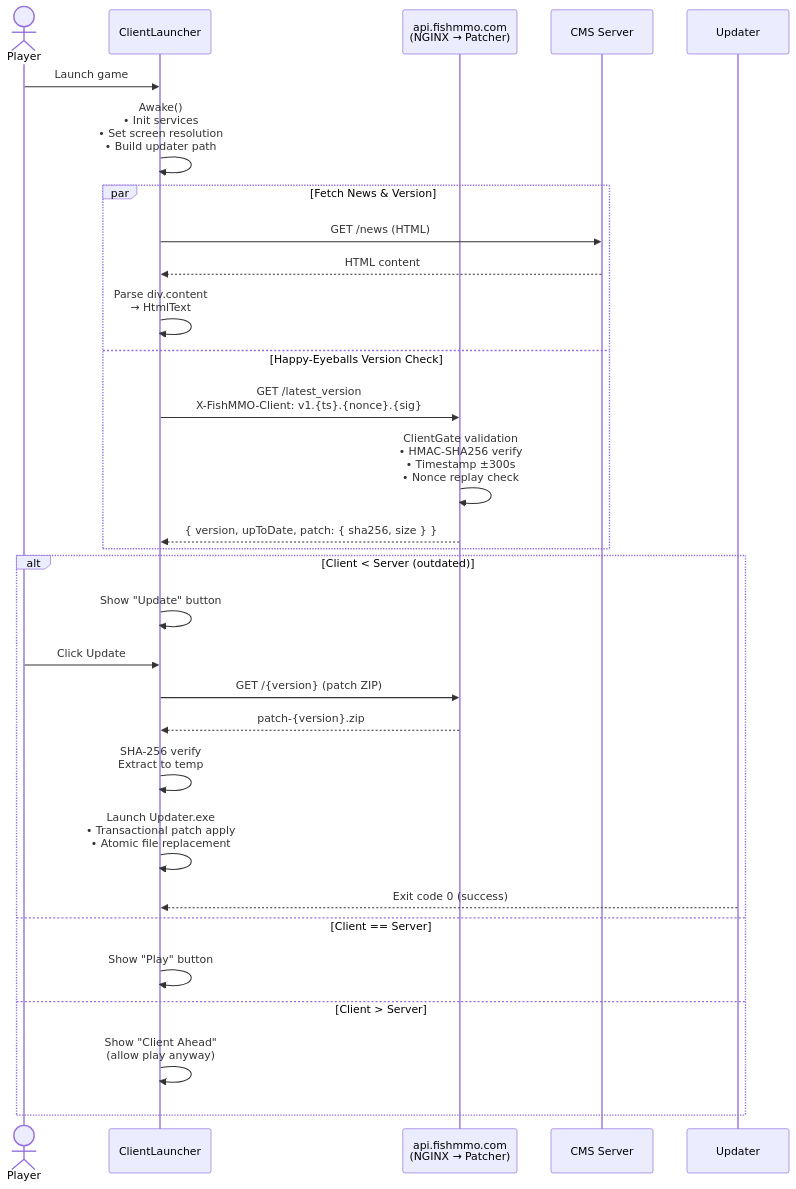
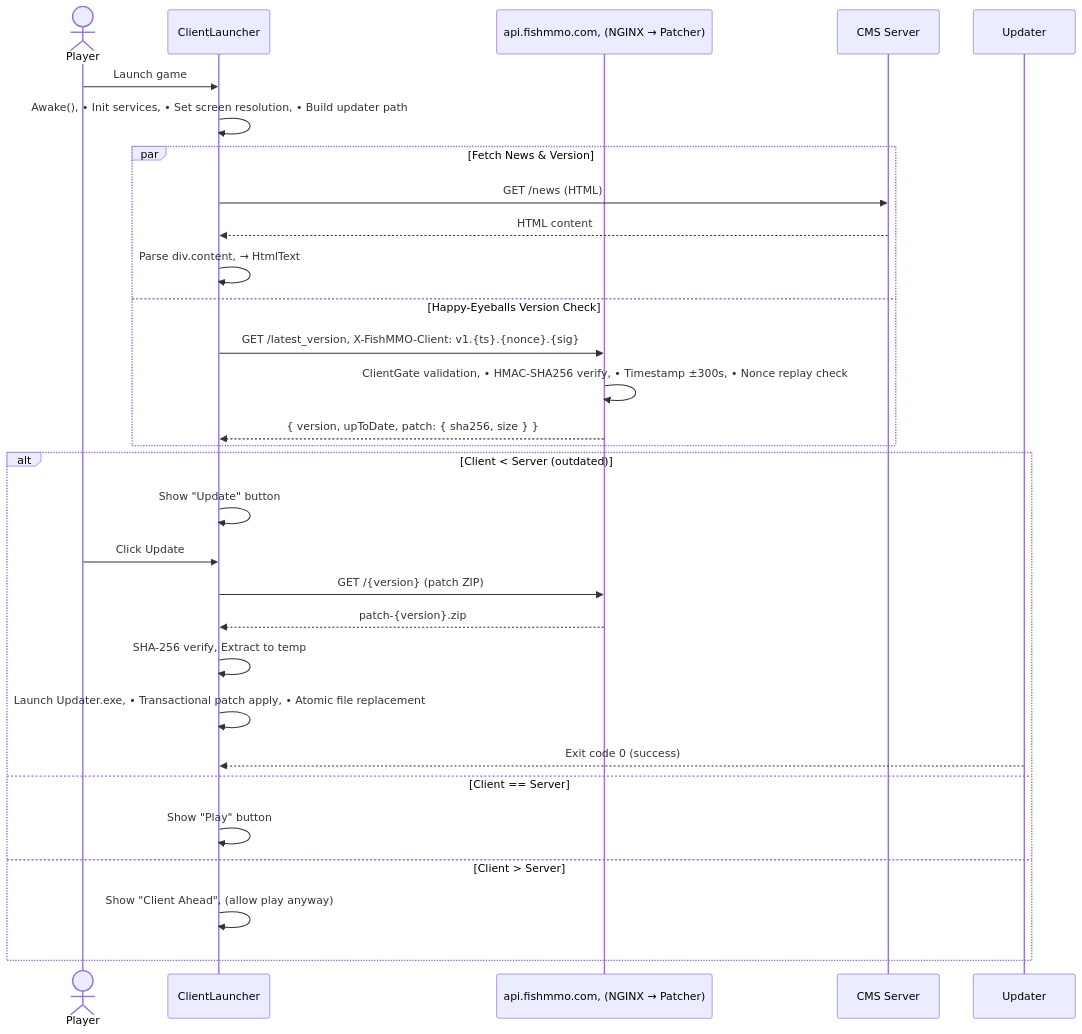
One commit to jimdroberts/FishMMO changed the first of 11 diagrams in CONNECTION_PIPELINE.md. Above: the diagram before and after it, drawn with Mermaid. The commit also changed other lines of this file, not shown here.

````diff
--- a/CONNECTION_PIPELINE.md
+++ b/CONNECTION_PIPELINE.md
@@ -98,34 +98,34 @@
 ```mermaid
 sequenceDiagram
     actor Player
     participant Launcher as ClientLauncher
-    participant API as api.fishmmo.com<br/>(NGINX → Patcher)
+    participant API as api.fishmmo.com, (NGINX → Patcher)
     participant CMS as CMS Server
 
     Player->>Launcher: Launch game
-    Launcher->>Launcher: Awake()<br/>• Init services<br/>• Set screen resolution<br/>• Build updater path
+    Launcher->>Launcher: Awake(), • Init services, • Set screen resolution, • Build updater path
 
     par Fetch News & Version
         Launcher->>CMS: GET /news (HTML)
         CMS-->>Launcher: HTML content
-        Launcher->>Launcher: Parse div.content<br/>→ HtmlText
+        Launcher->>Launcher: Parse div.content, → HtmlText
     and Happy-Eyeballs Version Check
-        Launcher->>API: GET /latest_version<br/>X-FishMMO-Client: v1.{ts}.{nonce}.{sig}
-        API->>API: ClientGate validation<br/>• HMAC-SHA256 verify<br/>• Timestamp ±300s<br/>• Nonce replay check
+        Launcher->>API: GET /latest_version, X-FishMMO-Client: v1.{ts}.{nonce}.{sig}
+        API->>API: ClientGate validation, • HMAC-SHA256 verify, • Timestamp ±300s, • Nonce replay check
         API-->>Launcher: { version, upToDate, patch: { sha256, size } }
     end
 
     alt Client < Server (outdated)
         Launcher->>Launcher: Show "Update" button
         Player->>Launcher: Click Update
         Launcher->>API: GET /{version} (patch ZIP)
         API-->>Launcher: patch-{version}.zip
-        Launcher->>Launcher: SHA-256 verify<br/>Extract to temp
-        Launcher->>Launcher: Launch Updater.exe<br/>• Transactional patch apply<br/>• Atomic file replacement
+        Launcher->>Launcher: SHA-256 verify, Extract to temp
+        Launcher->>Launcher: Launch Updater.exe, • Transactional patch apply, • Atomic file replacement
         Updater-->>Launcher: Exit code 0 (success)
     else Client == Server
         Launcher->>Launcher: Show "Play" button
     else Client > Server
-        Launcher->>Launcher: Show "Client Ahead"<br/>(allow play anyway)
+        Launcher->>Launcher: Show "Client Ahead", (allow play anyway)
     end
 ```
````
